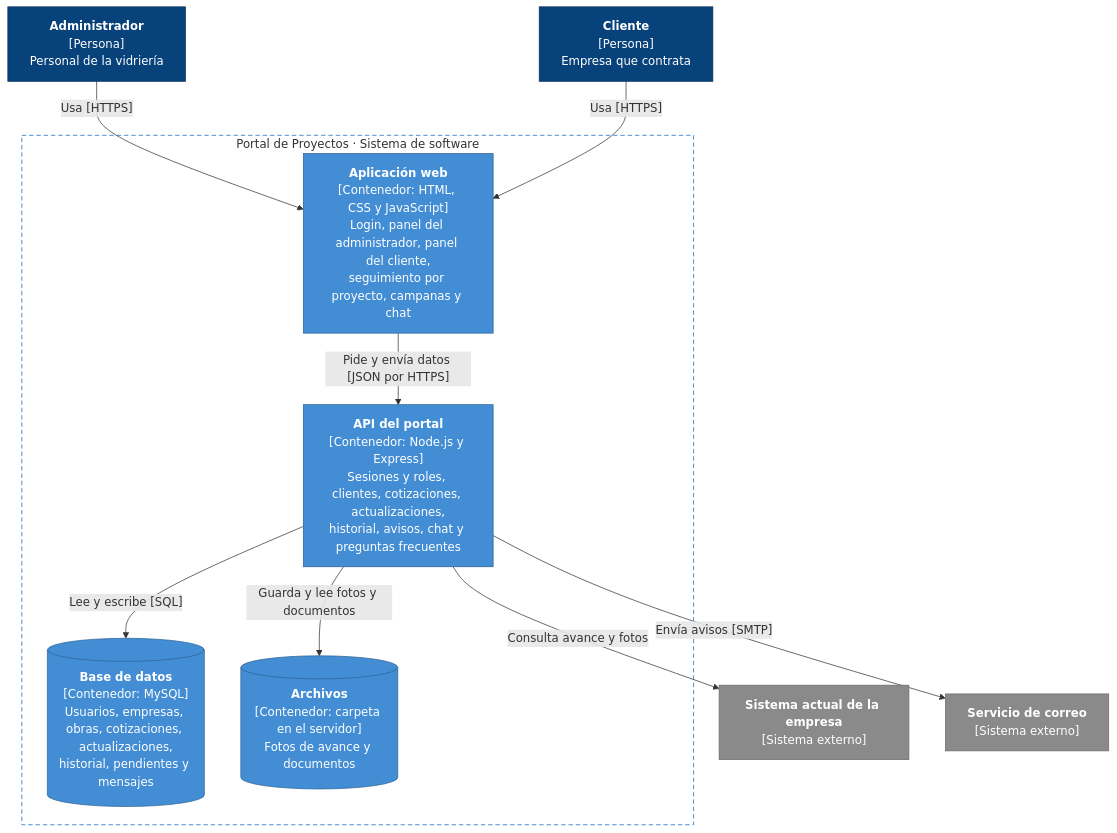
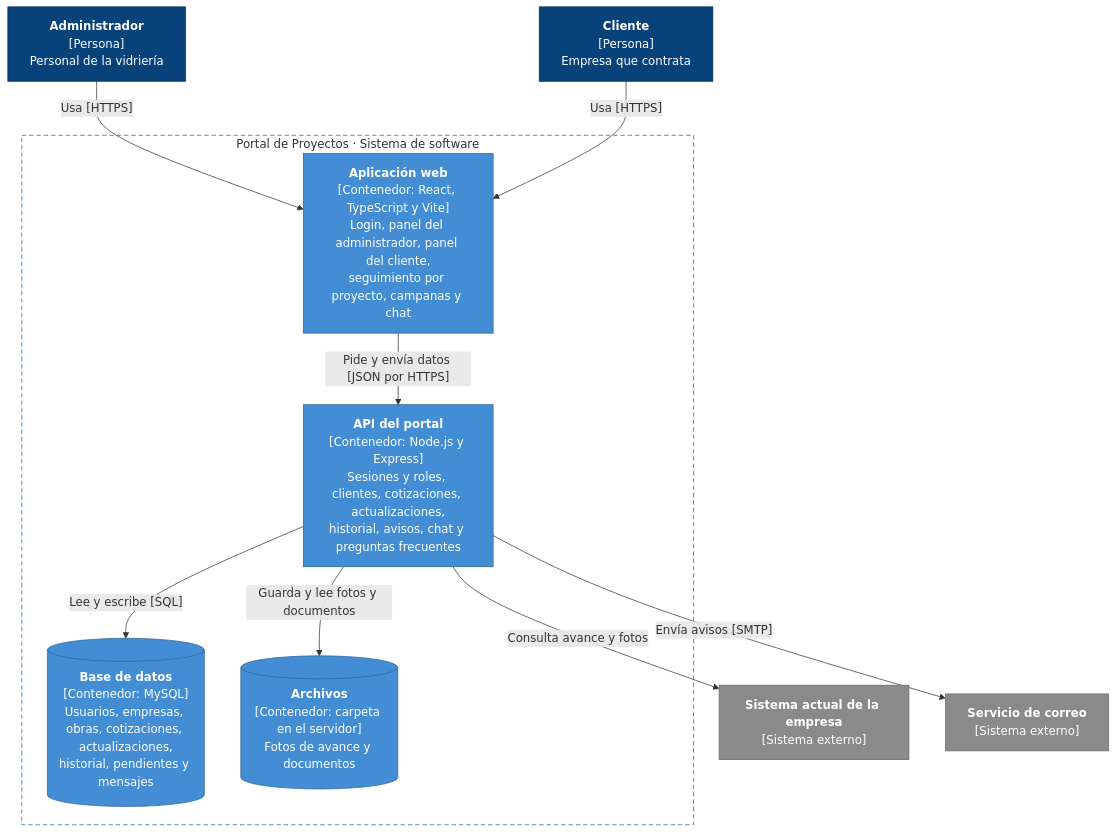
The diagram in docs/CONTAINERS.md (Equipo3-711/Comunicacion_con_El_Cliente), drawn with Mermaid before and after one commit. The commit also changed other lines of this file and 5 other files, not shown here.

First line of the commit message:
docs(readme): documentar la web en react y las preguntas frecuentes

````diff
--- a/docs/CONTAINERS.md
+++ b/docs/CONTAINERS.md
@@ -14,31 +14,31 @@
 ```mermaid
 flowchart TB
     admin["<b>Administrador</b><br/>[Persona]<br/>Personal de la vidriería"]
     cliente["<b>Cliente</b><br/>[Persona]<br/>Empresa que contrata"]
 
     subgraph portal["Portal de Proyectos · Sistema de software"]
-        web["<b>Aplicación web</b><br/>[Contenedor: HTML, CSS y JavaScript]<br/>Login, panel del administrador, panel del cliente,<br/>seguimiento por proyecto, campanas y chat"]
+        web["<b>Aplicación web</b><br/>[Contenedor: React, TypeScript y Vite]<br/>Login, panel del administrador, panel del cliente,<br/>seguimiento por proyecto, campanas y chat"]
         api["<b>API del portal</b><br/>[Contenedor: Node.js y Express]<br/>Sesiones y roles, clientes, cotizaciones, actualizaciones,<br/>historial, avisos, chat y preguntas frecuentes"]
         db[("<b>Base de datos</b><br/>[Contenedor: MySQL]<br/>Usuarios, empresas, obras, cotizaciones, actualizaciones,<br/>historial, pendientes y mensajes")]
         files[("<b>Archivos</b><br/>[Contenedor: carpeta en el servidor]<br/>Fotos de avance y documentos")]
     end
 
     actual["<b>Sistema actual de la empresa</b><br/>[Sistema externo]"]
     correo["<b>Servicio de correo</b><br/>[Sistema externo]"]
 
     admin -->|"Usa [HTTPS]"| web
     cliente -->|"Usa [HTTPS]"| web
     web -->|"Pide y envía datos [JSON por HTTPS]"| api
     api -->|"Lee y escribe [SQL]"| db
     api -->|"Guarda y lee fotos y documentos"| files
     api -->|"Consulta avance y fotos"| actual
     api -->|"Envía avisos [SMTP]"| correo
 
     classDef person fill:#08427b,stroke:#052e56,color:#ffffff
     classDef container fill:#438dd5,stroke:#2e6295,color:#ffffff
     classDef external fill:#8a8a8a,stroke:#6b6b6b,color:#ffffff
     class admin,cliente person
     class web,api,db,files container
     class actual,correo external
     style portal fill:none,stroke:#1168bd,stroke-dasharray:6 4
 ```
````
